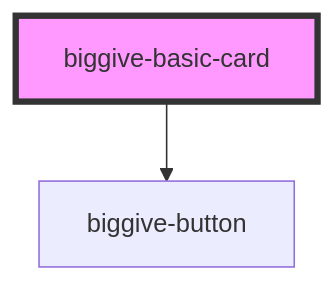
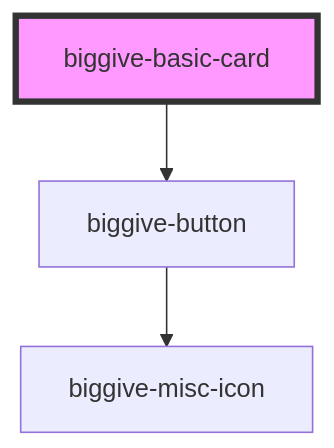
The diagram in src/components/biggive-basic-card/readme.md (thebiggive/donate-frontend), drawn with Mermaid before and after one commit. The commit also changed 28 other files, not shown here.

````diff
--- a/src/components/biggive-basic-card/readme.md
+++ b/src/components/biggive-basic-card/readme.md
@@ -32,5 +32,6 @@
 ```mermaid
 graph TD;
   biggive-basic-card --> biggive-button
+  biggive-button --> biggive-misc-icon
   style biggive-basic-card fill:#f9f,stroke:#333,stroke-width:4px
 ```
````
